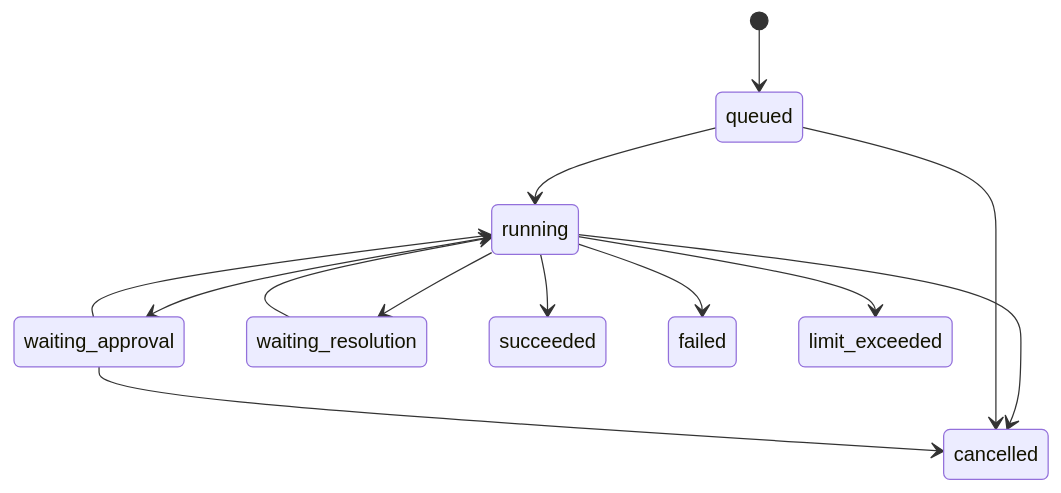
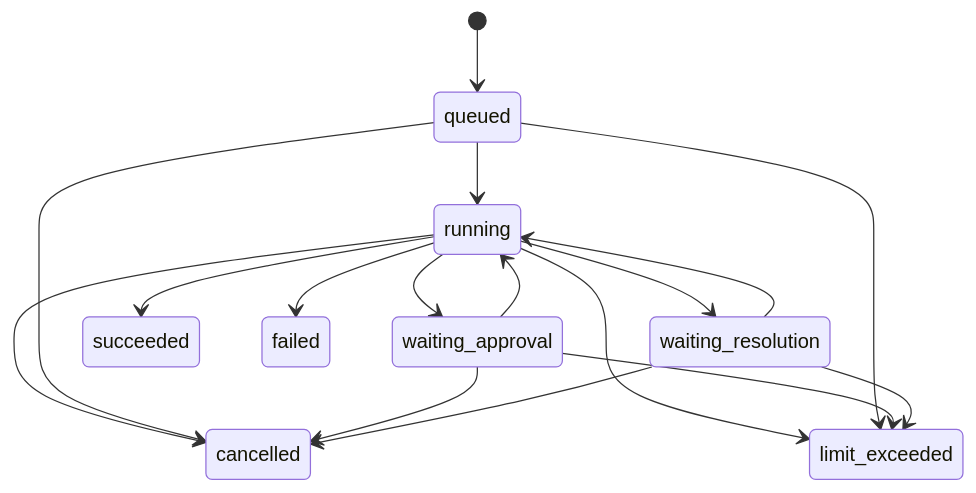
Before and after one commit to liuyuhui2020/ZHIYI: the third of 3 diagrams in doc/技术方案.md, drawn with Mermaid. The commit also changed other lines of this file and 39 other files, not shown here.

````diff
--- a/doc/技术方案.md
+++ b/doc/技术方案.md
@@ -245,15 +245,19 @@
 ```mermaid
 stateDiagram-v2
     [*] --> queued
     queued --> running
     running --> waiting_approval
     waiting_approval --> running
     running --> waiting_resolution
     waiting_resolution --> running
     running --> succeeded
     running --> failed
     running --> cancelled
     running --> limit_exceeded
     queued --> cancelled
+    queued --> limit_exceeded
     waiting_approval --> cancelled
+    waiting_approval --> limit_exceeded
+    waiting_resolution --> cancelled
+    waiting_resolution --> limit_exceeded
 ```
````
